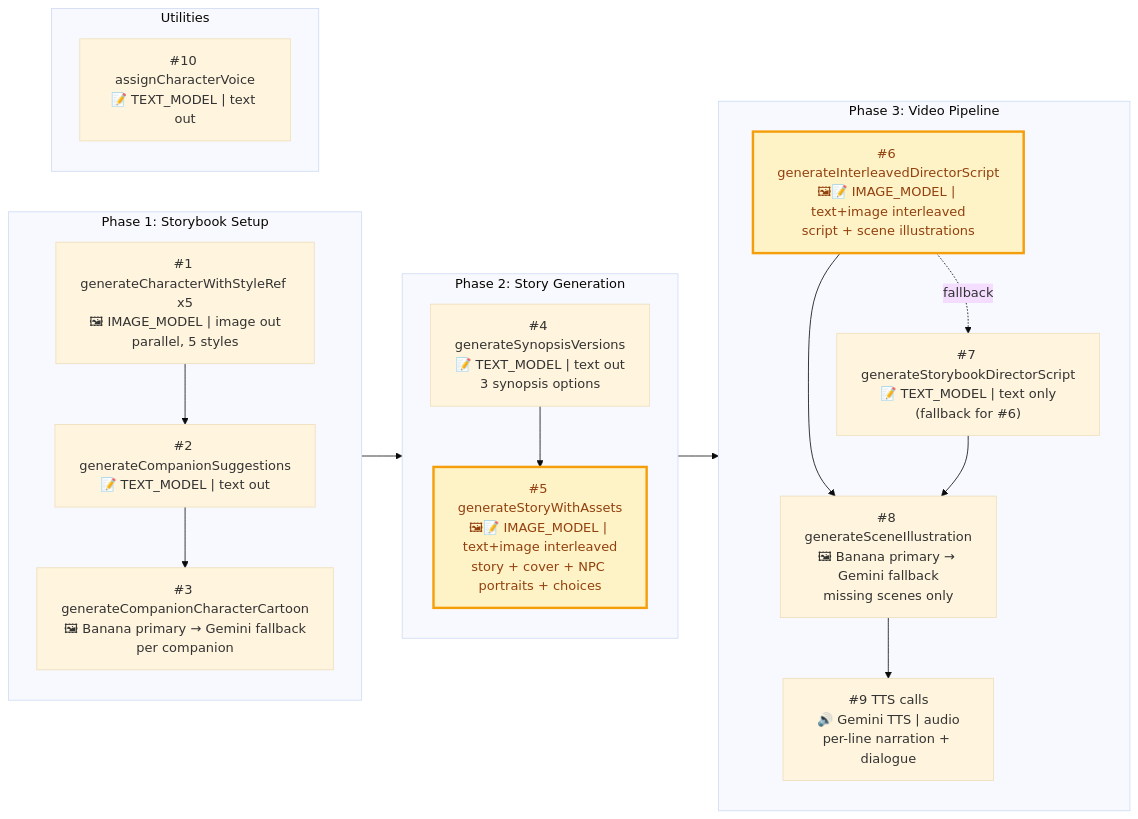
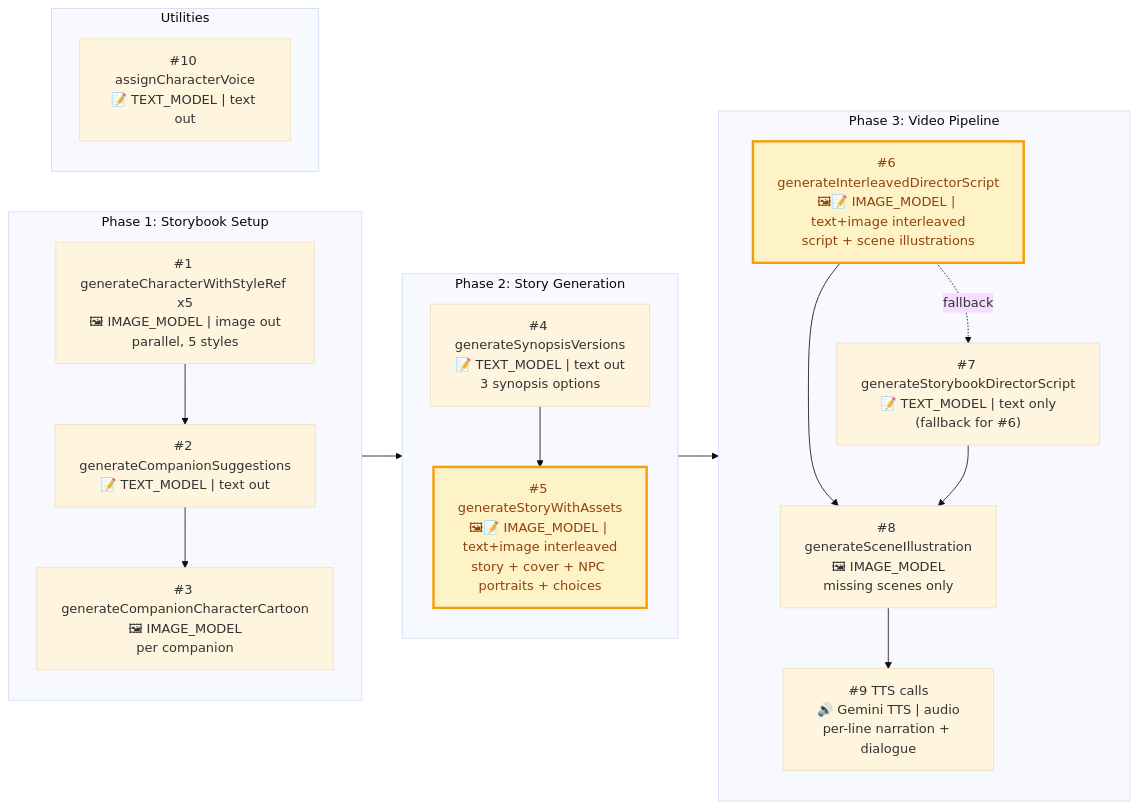
Before and after one commit to firot1993/storybook-ai: the diagram in docs/gemini-calls.mermaid, drawn with Mermaid. The commit also changed 45 other files, not shown here.

```diff
--- a/docs/gemini-calls.mermaid
+++ b/docs/gemini-calls.mermaid
@@ -1,38 +1,38 @@
 %%{ init: { "theme": "base" } }%%
 flowchart LR
     subgraph Setup["Phase 1: Storybook Setup"]
         direction TB
         G1["#1 generateCharacterWithStyleRef x5<br/>🖼 IMAGE_MODEL | image out<br/>parallel, 5 styles"]
         G2["#2 generateCompanionSuggestions<br/>📝 TEXT_MODEL | text out"]
-        G3["#3 generateCompanionCharacterCartoon<br/>🖼 Banana primary → Gemini fallback<br/>per companion"]
+        G3["#3 generateCompanionCharacterCartoon<br/>🖼 IMAGE_MODEL<br/>per companion"]
         G1 --> G2 --> G3
     end
 
     subgraph Story["Phase 2: Story Generation"]
         direction TB
         G4["#4 generateSynopsisVersions<br/>📝 TEXT_MODEL | text out<br/>3 synopsis options"]
         G5["#5 generateStoryWithAssets<br/>🖼📝 IMAGE_MODEL | text+image interleaved<br/>story + cover + NPC portraits + choices"]
         G4 --> G5
     end
 
     subgraph Video["Phase 3: Video Pipeline"]
         direction TB
         G6["#6 generateInterleavedDirectorScript<br/>🖼📝 IMAGE_MODEL | text+image interleaved<br/>script + scene illustrations"]
         G7["#7 generateStorybookDirectorScript<br/>📝 TEXT_MODEL | text only<br/>(fallback for #6)"]
-        G8["#8 generateSceneIllustration<br/>🖼 Banana primary → Gemini fallback<br/>missing scenes only"]
+        G8["#8 generateSceneIllustration<br/>🖼 IMAGE_MODEL<br/>missing scenes only"]
         G9["#9 TTS calls<br/>🔊 Gemini TTS | audio<br/>per-line narration + dialogue"]
         G6 -.->|fallback| G7
         G6 --> G8
         G7 --> G8
         G8 --> G9
     end
 
     subgraph Other["Utilities"]
         G10["#10 assignCharacterVoice<br/>📝 TEXT_MODEL | text out"]
     end
 
     Setup --> Story --> Video
 
     classDef interleaved fill:#fef3c7,stroke:#f59e0b,stroke-width:3px,color:#92400e
 
     class G5,G6 interleaved
```
